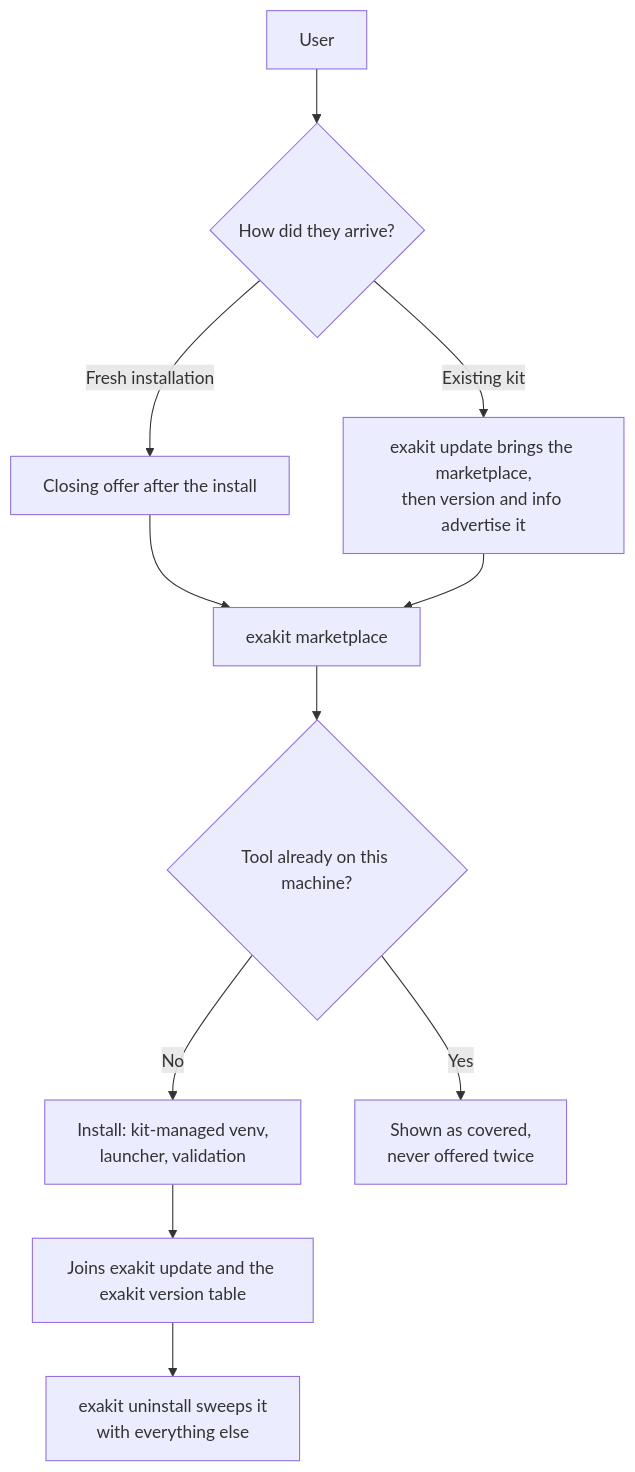
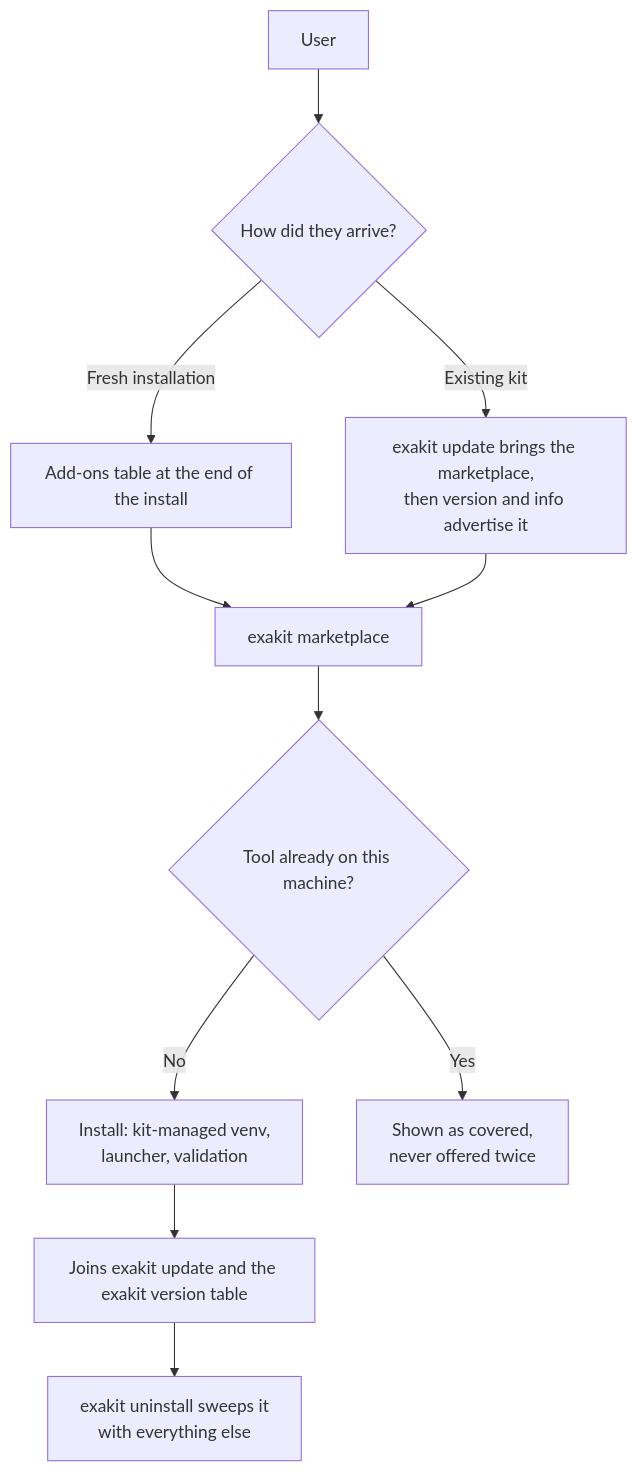
One commit to exasol-labs/exasol-personal-local-starterkit changed the first of 7 diagrams in MARKETPLACE.md. Above: the diagram before and after it, drawn with Mermaid. The commit also changed other lines of this file and 482 other files, not shown here.

````diff
--- a/MARKETPLACE.md
+++ b/MARKETPLACE.md
@@ -69,20 +103,20 @@
 ```mermaid
 flowchart TD
     A[User] --> B{How did they arrive?}
-    B -->|Fresh installation| C[Closing offer after the install]
+    B -->|Fresh installation| C[Add-ons table at the end of the install]
     B -->|Existing kit| D[exakit update brings the marketplace,<br>then version and info advertise it]
     C --> E[exakit marketplace]
     D --> E
     E --> F{Tool already on this machine?}
     F -->|No| G[Install: kit-managed venv,<br>launcher, validation]
     F -->|Yes| H[Shown as covered,<br>never offered twice]
     G --> I[Joins exakit update and the exakit version table]
     I --> J[exakit uninstall sweeps it<br>with everything else]
 
     click C "#scenario-1-fresh-installation"
     click D "#scenario-2-existing-kit-via-the-update-path"
     click E "#scenario-3-browsing-and-installing"
     click H "#scenario-5-the-tool-is-already-on-the-machine"
     click I "#scenario-4-keeping-an-add-on-up-to-date"
     click J "#scenario-6-removal"
 ```
````
